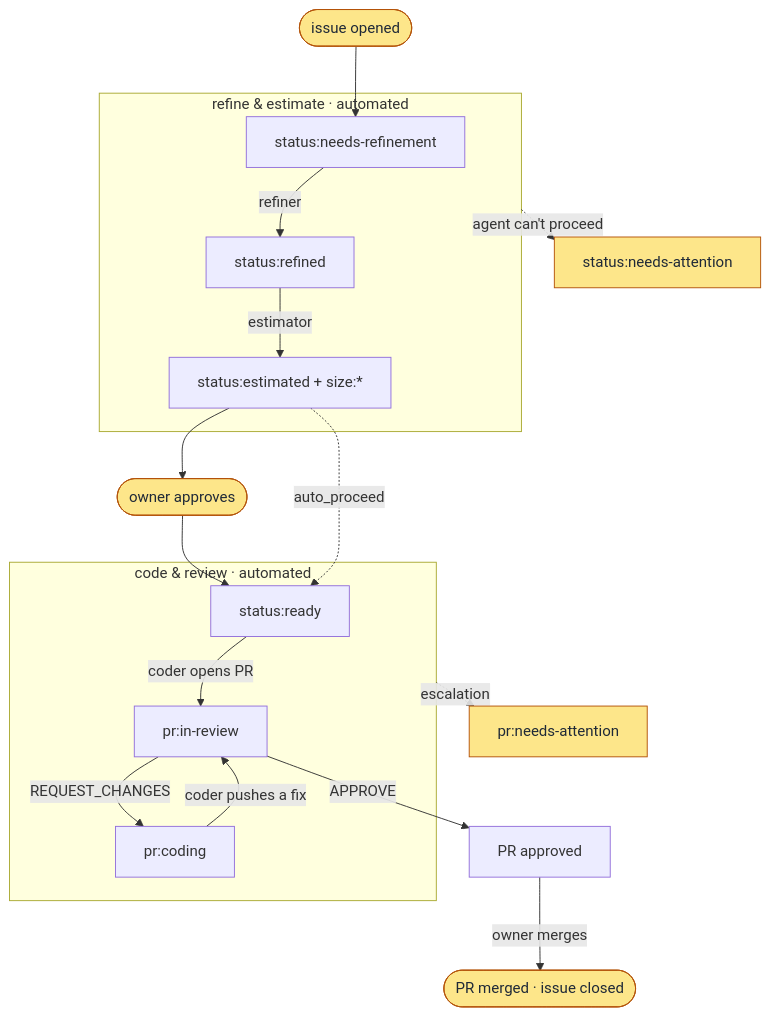
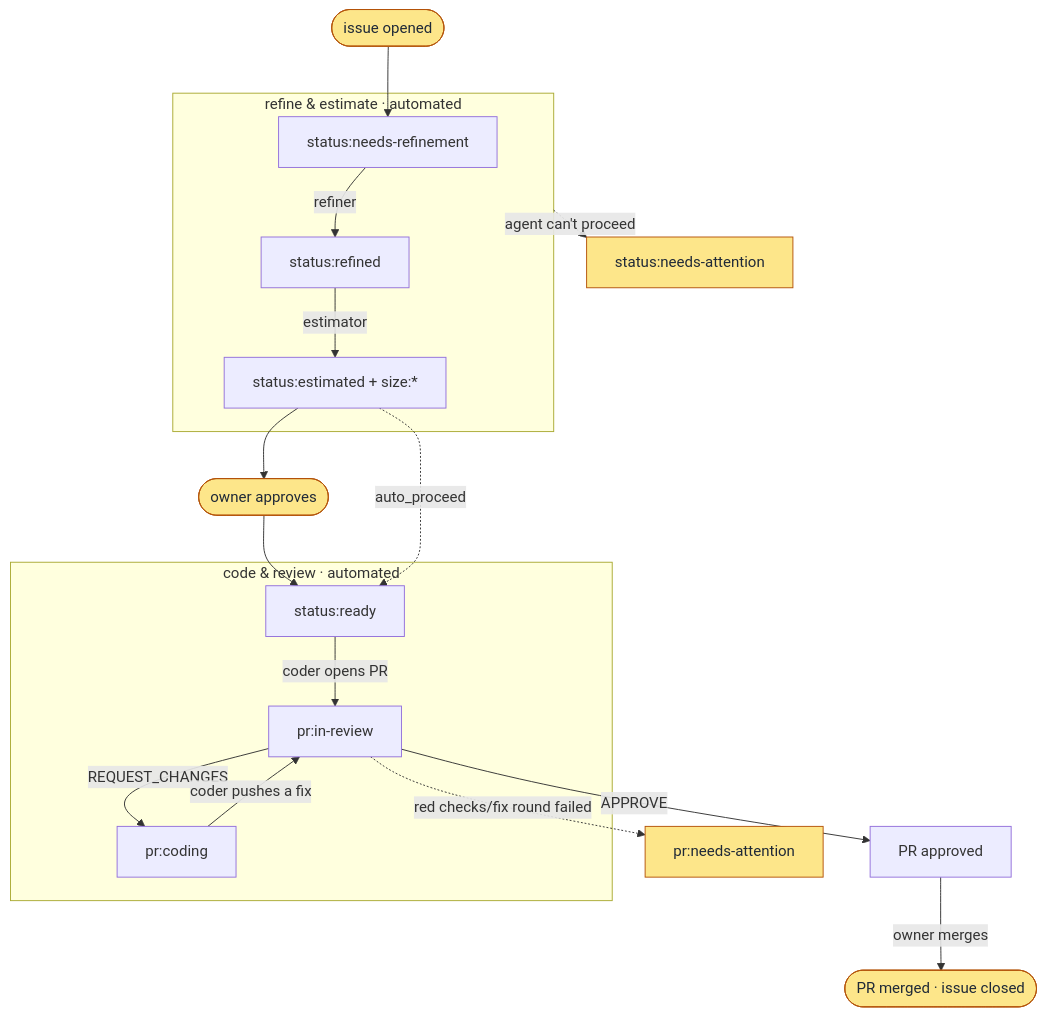
One commit to abi83/interns changed the diagram in README.md. Above: the diagram before and after it, drawn with Mermaid.

````diff
--- a/README.md
+++ b/README.md
@@ -38,27 +38,27 @@
 ```mermaid
 flowchart TD
     A([issue opened]) --> B
 
     subgraph P1 ["refine &amp; estimate · automated"]
         B["status:needs-refinement"] -->|refiner| C["status:refined"]
         C -->|estimator| D["status:estimated + size:*"]
     end
 
     D --> M(["owner approves"]) --> E
 
     subgraph P2 ["code &amp; review · automated"]
         E["status:ready"] -->|coder opens PR| F["pr:in-review"]
         F -->|REQUEST_CHANGES| G["pr:coding"]
         G -->|coder pushes a fix| F
     end
 
     F -->|APPROVE| H["PR approved"]
     H -->|owner merges| I([PR merged · issue closed])
 
     P1 -.->|agent can't proceed| J["status:needs-attention"]
-    P2 -.->|escalation| K["pr:needs-attention"]
+    F -.->|red checks/fix round failed| K["pr:needs-attention"]
     D -.->|auto_proceed| E
 
     classDef human fill:#fde68a,stroke:#b45309,color:#1f2937
     class A,M,I,J,K human
 ```
````
